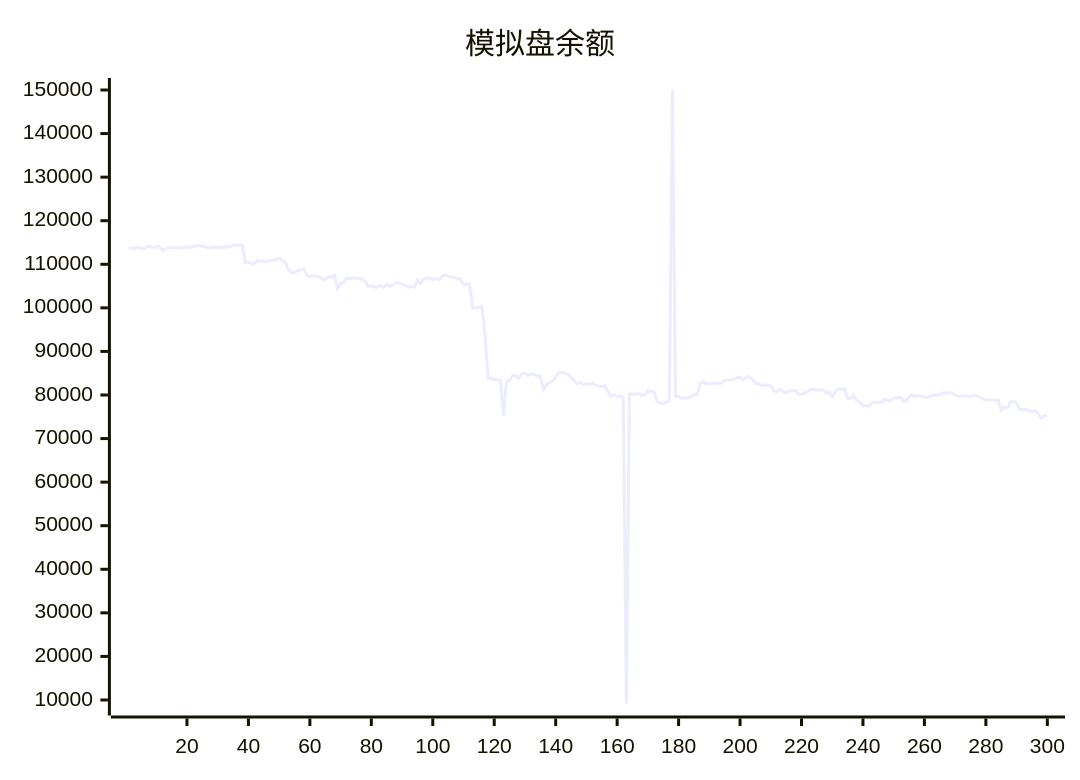
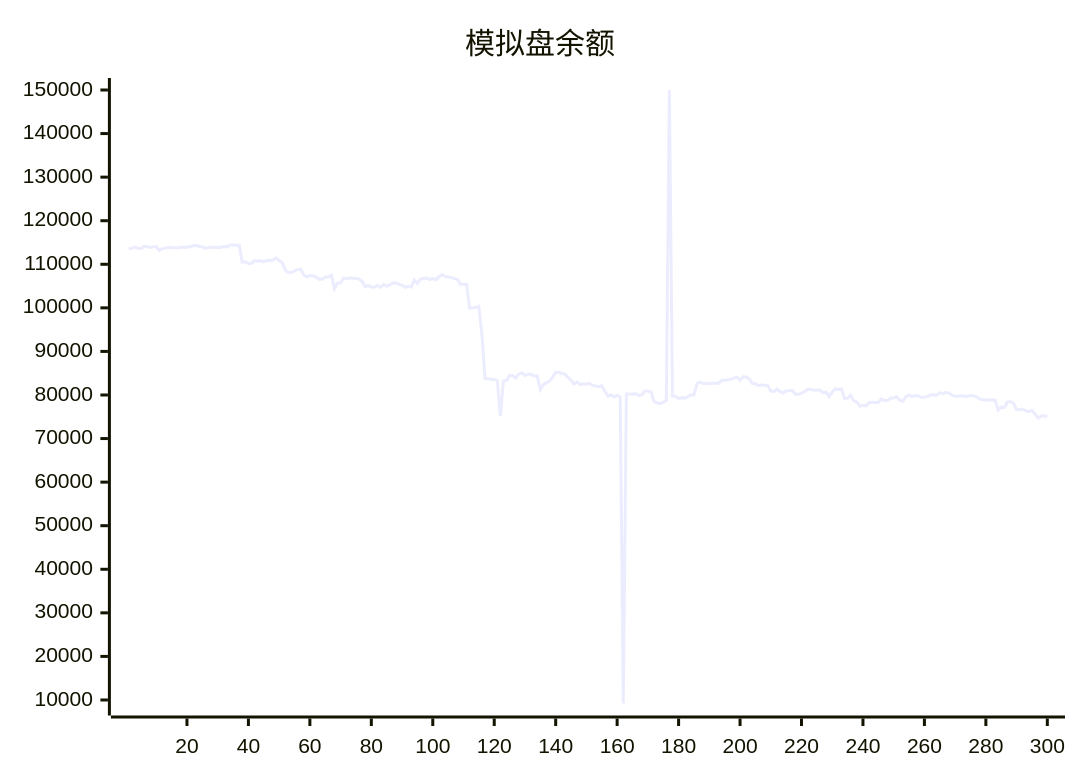
One commit to aahl/ai-trading changed the diagram in README.md. Above: the diagram before and after it, drawn with Mermaid. The commit also changed other lines of this file and 1 other file, not shown here.

````diff
--- a/README.md
+++ b/README.md
@@ -5,5 +5,5 @@
 ```mermaid
 xychart
     title "模拟盘余额"
-    line [113688,113688,113610,113930,113672,113585,114083,114074,113840,113996,114051,113208,113593,113701,113901,113794,113784,113810,113848,113927,113929,114064,114232,114293,114144,113960,113698,113853,113942,113812,113908,113877,114091,113998,114427,114422,114384,114384,110477,110576,110198,110198,110890,110712,110812,110569,110929,110847,110968,111478,110870,110433,108661,108116,108115,108485,108797,108877,107536,107134,107393,107393,107046,106565,106565,107081,107081,107478,104404,105715,105749,106866,106651,106889,106771,106816,106565,106141,104876,105103,104796,104734,105169,104690,105380,104941,105272,105709,105739,105374,105227,104691,104924,104762,106364,105628,106608,106748,106872,106485,106721,106468,107132,107620,107224,107080,107001,106717,106567,105431,105431,105440,99950,100017,100113,100337,93749,83795,83807,83567,83567,83342,75168,83222,83336,84448,84449,83896,84839,85065,84499,84757,84757,84364,84347,81254,82385,82835,83184,84099,85150,85150,85002,84751,84096,83356,82582,82983,82404,82572,82512,82688,82200,82047,81920,82125,80840,79688,80060,79552,79920,79470,9193,80236,80208,80170,80336,79894,80006,80954,80837,80712,78561,78139,78037,78293,78682,150000,79720,79720,79214,79372,79279,79591,80046,79993,82625,82950,82626,82571,82633,82670,82670,82681,83386,83378,83464,83579,83920,84037,83402,84160,84142,83652,82655,82655,82145,82315,82243,82163,80934,80770,81371,80742,80468,80989,80989,81067,80191,80155,80450,80737,81309,81309,81106,81119,81119,80471,80631,79624,80670,81448,81290,81429,79212,79222,79940,78643,78380,77432,77623,77504,78235,78358,78284,78277,79048,78714,78714,79290,79308,79567,78763,78563,79603,79988,79652,79813,79813,79476,79469,79673,79995,80015,80015,80486,80314,80600,80436,79966,79689,79689,79819,79692,79692,79850,79850,79518,79071,78889,78850,78850,78878,78878,76554,77202,77103,78357,78510,78106,76678,76677,76672,76411,76159,76485,75656,74695,75197,75246]
+    line [113688,113610,113930,113672,113585,114083,114074,113840,113996,114051,113208,113593,113701,113901,113794,113784,113810,113848,113927,113929,114064,114232,114293,114144,113960,113698,113853,113942,113812,113908,113877,114091,113998,114427,114422,114384,114384,110477,110576,110198,110198,110890,110712,110812,110569,110929,110847,110968,111478,110870,110433,108661,108116,108115,108485,108797,108877,107536,107134,107393,107393,107046,106565,106565,107081,107081,107478,104404,105715,105749,106866,106651,106889,106771,106816,106565,106141,104876,105103,104796,104734,105169,104690,105380,104941,105272,105709,105739,105374,105227,104691,104924,104762,106364,105628,106608,106748,106872,106485,106721,106468,107132,107620,107224,107080,107001,106717,106567,105431,105431,105440,99950,100017,100113,100337,93749,83795,83807,83567,83567,83342,75168,83222,83336,84448,84449,83896,84839,85065,84499,84757,84757,84364,84347,81254,82385,82835,83184,84099,85150,85150,85002,84751,84096,83356,82582,82983,82404,82572,82512,82688,82200,82047,81920,82125,80840,79688,80060,79552,79920,79470,9193,80236,80208,80170,80336,79894,80006,80954,80837,80712,78561,78139,78037,78293,78682,150000,79720,79720,79214,79372,79279,79591,80046,79993,82625,82950,82626,82571,82633,82670,82670,82681,83386,83378,83464,83579,83920,84037,83402,84160,84142,83652,82655,82655,82145,82315,82243,82163,80934,80770,81371,80742,80468,80989,80989,81067,80191,80155,80450,80737,81309,81309,81106,81119,81119,80471,80631,79624,80670,81448,81290,81429,79212,79222,79940,78643,78380,77432,77623,77504,78235,78358,78284,78277,79048,78714,78714,79290,79308,79567,78763,78563,79603,79988,79652,79813,79813,79476,79469,79673,79995,80015,80015,80486,80314,80600,80436,79966,79689,79689,79819,79692,79692,79850,79850,79518,79071,78889,78850,78850,78878,78878,76554,77202,77103,78357,78510,78106,76678,76677,76672,76411,76159,76485,75656,74695,75197,75246,75052]
 ```
````
